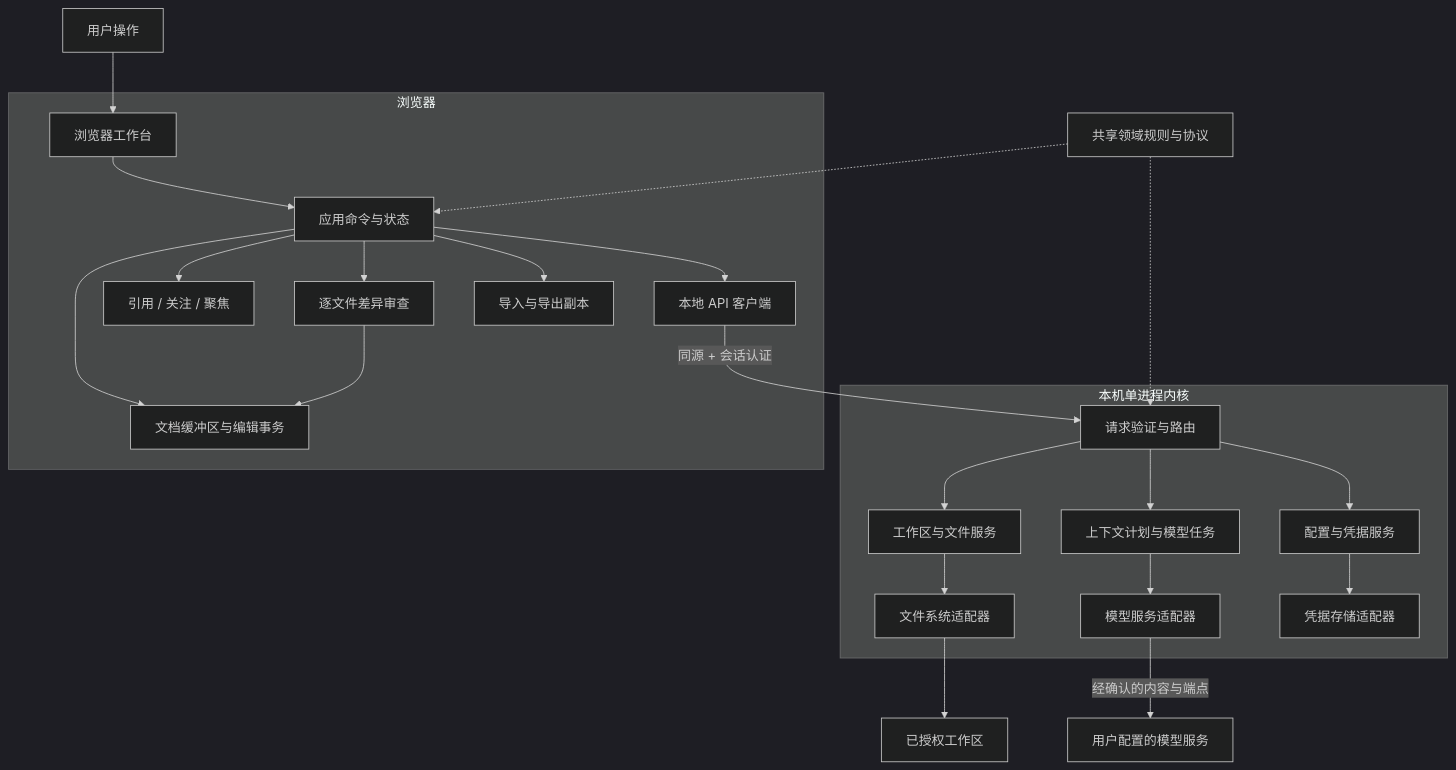
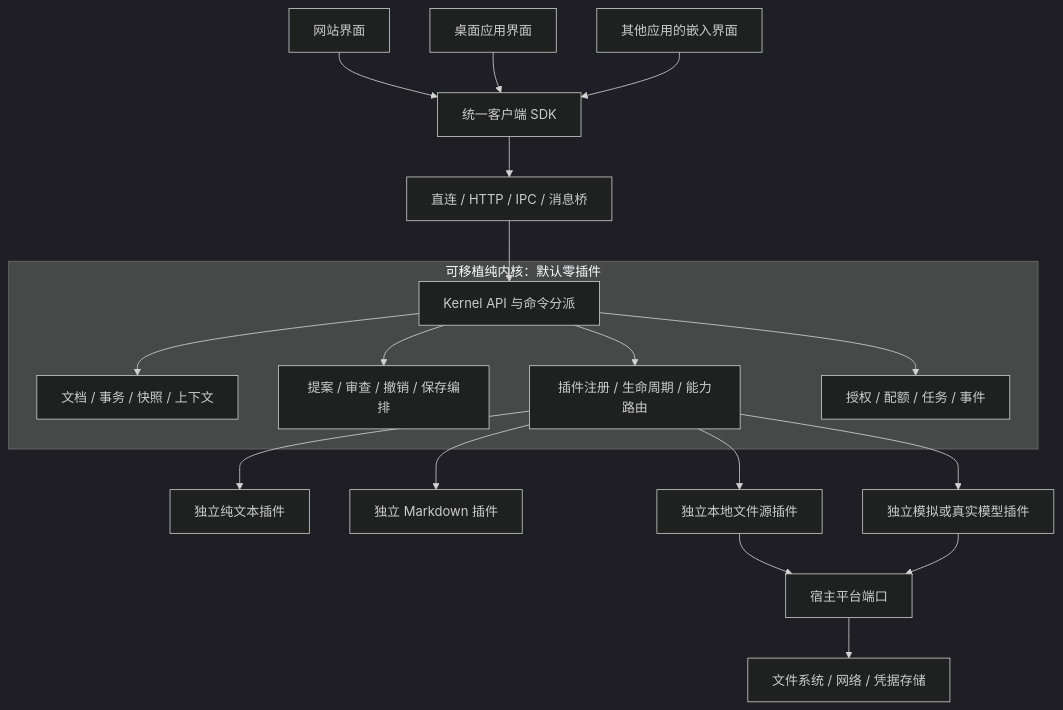
The diagram in docs/architecture/README.md (OttoBlues/editor), drawn with Mermaid (dark theme) before and after one commit. The commit also changed other lines of this file and 5 other files, not shown here.

Commit message:
docs: center architecture on portable kernel and independent plugins

````diff
--- a/docs/architecture/README.md
+++ b/docs/architecture/README.md
@@ -44,26 +13,21 @@
 ```mermaid
 flowchart TB
-  User[用户操作] --> Workbench[浏览器工作台]
-  subgraph Browser[浏览器]
-    Workbench --> Commands[应用命令与状态]
-    Commands --> Documents[文档缓冲区与编辑事务]
-    Commands --> Context[引用 / 关注 / 聚焦]
-    Commands --> Review[逐文件差异审查]
-    Commands --> Import[导入与导出副本]
-    Commands --> Client[本地 API 客户端]
-    Review --> Documents
+  Web[网站界面] --> SDK[统一客户端 SDK]
+  Desktop[桌面应用界面] --> SDK
+  Embedded[其他应用的嵌入界面] --> SDK
+  SDK --> Bridge[直连 / HTTP / IPC / 消息桥]
+  Bridge --> API[Kernel API 与命令分派]
+  subgraph Kernel[可移植纯内核：默认零插件]
+    API --> State[文档 / 事务 / 快照 / 上下文]
+    API --> Review[提案 / 审查 / 撤销 / 保存编排]
+    API --> Runtime[插件注册 / 生命周期 / 能力路由]
+    API --> Policy[授权 / 配额 / 任务 / 事件]
   end
-  Rules[共享领域规则与协议] -.-> Commands
-  Rules -.-> Kernel
-  Client -->|同源 + 会话认证| Kernel
-  subgraph Local[本机单进程内核]
-    Kernel[请求验证与路由] --> Files[工作区与文件服务]
-    Kernel --> Runs[上下文计划与模型任务]
-    Kernel --> Settings[配置与凭据服务]
-    Files --> FS[文件系统适配器]
-    Runs --> Provider[模型服务适配器]
-    Settings --> Secrets[凭据存储适配器]
-  end
-  FS --> Authorized[已授权工作区]
-  Provider -->|经确认的内容与端点| Model[用户配置的模型服务]
+  Runtime --> Text[独立纯文本插件]
+  Runtime --> Markdown[独立 Markdown 插件]
+  Runtime --> Source[独立本地文件源插件]
+  Runtime --> Model[独立模拟或真实模型插件]
+  Source --> Ports[宿主平台端口]
+  Model --> Ports
+  Ports --> OS[文件系统 / 网络 / 凭据存储]
 ```
````
